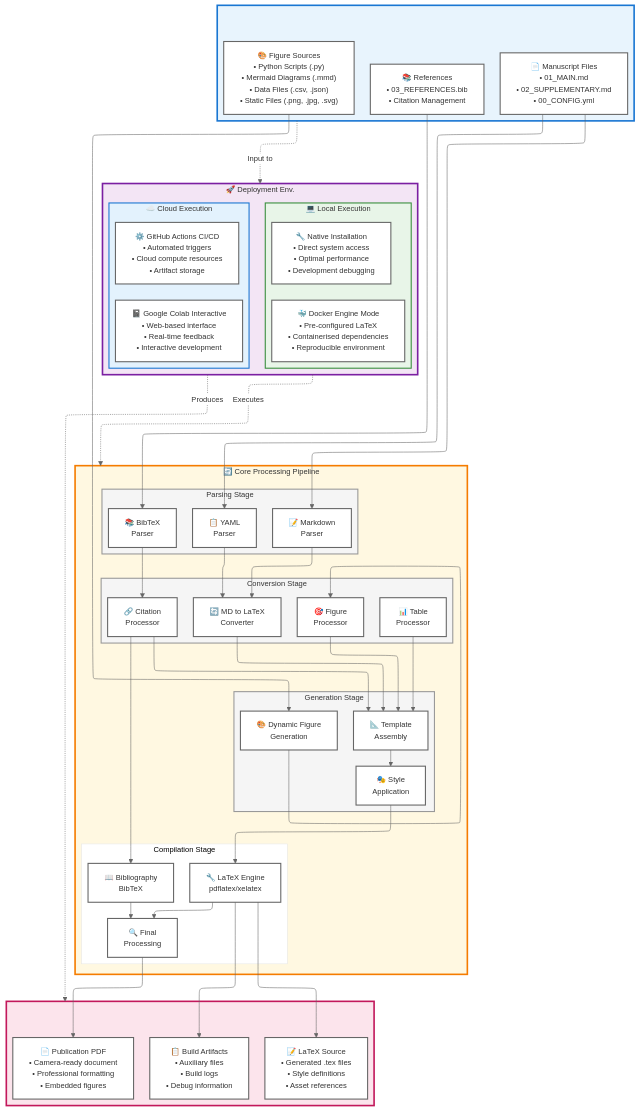
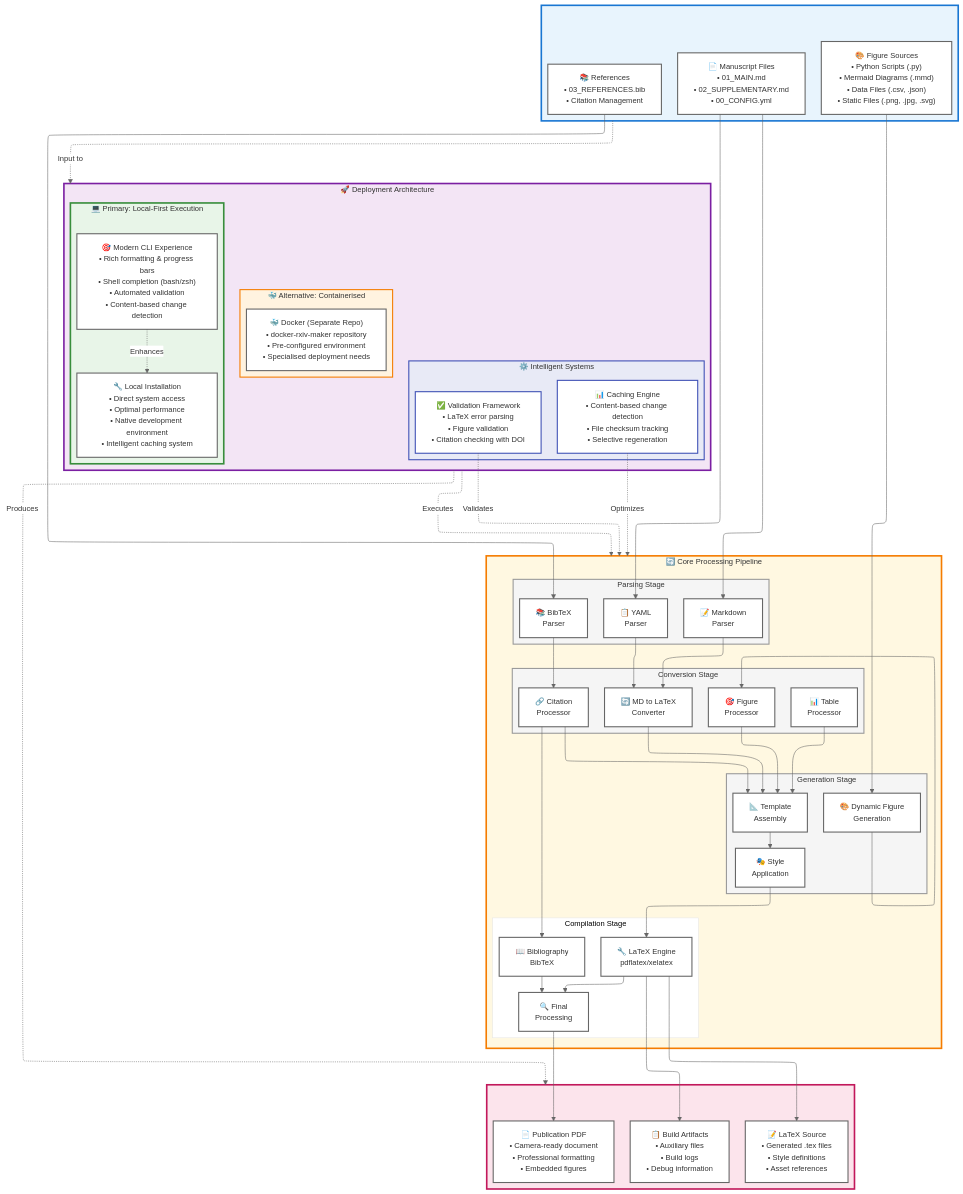
One commit to HenriquesLab/rxiv-maker changed the diagram in EXAMPLE_MANUSCRIPT/FIGURES/SFigure__architecture.mmd. Above: the diagram before and after it, drawn with Mermaid. The commit also changed 100 other files, not shown here.

```diff
--- a/EXAMPLE_MANUSCRIPT/FIGURES/SFigure__architecture.mmd
+++ b/EXAMPLE_MANUSCRIPT/FIGURES/SFigure__architecture.mmd
@@ -1,135 +1,148 @@
 ---
 config:
   theme: base
   themeVariables:
     fontFamily: 'Arial, Helvetica, sans-serif'
     fontSize: 14px
     primaryColor: '#ffffff'
     primaryTextColor: '#333333'
     primaryBorderColor: '#cccccc'
     lineColor: '#666666'
     background: '#ffffff'
   layout: elk
 ---
 flowchart TD
  subgraph A[" "]
     direction TB
       A1["📄 Manuscript Files<br>• 01_MAIN.md<br>• 02_SUPPLEMENTARY.md<br>• 00_CONFIG.yml"]
       A2["📚 References<br>• 03_REFERENCES.bib<br>• Citation Management"]
       A3["🎨 Figure Sources<br>• Python Scripts (.py)<br>• Mermaid Diagrams (.mmd)<br>• Data Files (.csv, .json)<br>• Static Files (.png, .jpg, .svg)"]
   end
 
  subgraph CORE["🔄 Core Processing Pipeline"]
     direction TB
     subgraph B1[Parsing Stage]
       direction LR
           B1A["📝 Markdown<br>Parser"]
           B1B["📋 YAML<br>Parser"]
           B1C["📚 BibTeX<br>Parser"]
     end
     subgraph B2[Conversion Stage]
       direction LR
           B2A["🔄 MD to LaTeX<br>Converter"]
           B2B["🎯 Figure<br>Processor"]
           B2C["📊 Table<br>Processor"]
           B2D["🔗 Citation<br>Processor"]
     end
     subgraph B3[Generation Stage]
       direction LR
           B3A["🎨 Dynamic Figure<br>Generation"]
           B3B["📐 Template<br>Assembly"]
           B3C["🎭 Style<br>Application"]
     end
     subgraph C[Compilation Stage]
       direction LR
           C1["🔧 LaTeX Engine<br>pdflatex/xelatex"]
           C2["📖 Bibliography<br>BibTeX"]
           C3["🔍 Final<br>Processing"]
     end
   end
 
  subgraph D[" "]
     direction TB
         D1["📄 Publication PDF<br>• Camera-ready document<br>• Professional formatting<br>• Embedded figures"]
         D2["📝 LaTeX Source<br>• Generated .tex files<br>• Style definitions<br>• Asset references"]
         D3["📋 Build Artifacts<br>• Auxiliary files<br>• Build logs<br>• Debug information"]
   end
 
- subgraph DEPLOY["🚀 Deployment Env."]
+ subgraph DEPLOY["🚀 Deployment Architecture"]
     direction TB
-    subgraph LOCAL["💻 Local Execution"]
+    subgraph PRIMARY["💻 Primary: Local-First Execution"]
       direction TB
-      L1["🔧 Native Installation<br>• Direct system access<br>• Optimal performance<br>• Development debugging"]
-      L2["🐳 Docker Engine Mode<br>• Pre-configured LaTeX<br>• Containerised dependencies<br>• Reproducible environment"]
+      L1["🔧 Local Installation<br>• Direct system access<br>• Optimal performance<br>• Native development environment<br>• Intelligent caching system"]
+      L1_FEATURES["🎯 Modern CLI Experience<br>• Rich formatting & progress bars<br>• Shell completion (bash/zsh)<br>• Automated validation<br>• Content-based change detection"]
     end
-    subgraph CLOUD["☁️ Cloud Execution"]
+    subgraph ALTERNATIVE["🐳 Alternative: Containerised"]
       direction TB
-      C1_CLOUD["⚙️ GitHub Actions CI/CD<br>• Automated triggers<br>• Cloud compute resources<br>• Artifact storage"]
-      C2_CLOUD["📓 Google Colab Interactive<br>• Web-based interface<br>• Real-time feedback<br>• Interactive development"]
+      L2["🐳 Docker (Separate Repo)<br>• docker-rxiv-maker repository<br>• Pre-configured environment<br>• Specialised deployment needs"]
+    end
+    subgraph SYSTEMS["⚙️ Intelligent Systems"]
+      direction TB
+      SYS1["📊 Caching Engine<br>• Content-based change detection<br>• File checksum tracking<br>• Selective regeneration"]
+      SYS2["✅ Validation Framework<br>• LaTeX error parsing<br>• Figure validation<br>• Citation checking with DOI"]
     end
   end
 
     A1 --> B1A & B1B
     A2 --> B1C
     A3 --> B3A
     B1A --> B2A
     B1B --> B2A
     B1C --> B2D
     B2A --> B3B
     B2B --> B3B
     B2C --> B3B
     B2D --> B3B & C2
     B3A --> B2B
     B3B --> B3C
     B3C --> C1
     C1 --> C3 & D2 & D3
     C2 --> C3
     C3 --> D1
 
     %% Show that deployment environments execute the core pipeline
     DEPLOY -.-> |"Executes"| CORE
     A -.-> |"Input to"| DEPLOY
     DEPLOY -.-> |"Produces"| D
 
+    %% Show intelligent systems integration
+    SYS1 -.-> |"Optimizes"| CORE
+    SYS2 -.-> |"Validates"| CORE
+    L1_FEATURES -.-> |"Enhances"| L1
+
     A1:::componentBox
     A2:::componentBox
     A3:::componentBox
     B1A:::componentBox
     B1B:::componentBox
     B1C:::componentBox
     B2A:::componentBox
     B2B:::componentBox
     B2C:::componentBox
     B2D:::componentBox
     B3A:::componentBox
     B3B:::componentBox
     B3C:::componentBox
     C1:::componentBox
     C2:::componentBox
     C3:::componentBox
     D1:::componentBox
     D2:::componentBox
     D3:::componentBox
     L1:::envBox
+    L1_FEATURES:::envBox
     L2:::envBox
-    C1_CLOUD:::envBox
-    C2_CLOUD:::envBox
+    SYS1:::systemBox
+    SYS2:::systemBox
     A:::inputBox
     CORE:::processBox
     D:::outputBox
     DEPLOY:::deployBox
-    LOCAL:::localBox
-    CLOUD:::cloudBox
+    PRIMARY:::primaryBox
+    ALTERNATIVE:::alternativeBox
+    SYSTEMS:::systemsBox
     B1:::stageBox
     B2:::stageBox
     B3:::stageBox
 
     classDef inputBox fill:#e8f4fd,stroke:#1976d2,stroke-width:3px,color:#333
     classDef processBox fill:#fff8e1,stroke:#f57c00,stroke-width:3px,color:#333
     classDef outputBox fill:#fce4ec,stroke:#c2185b,stroke-width:3px,color:#333
     classDef deployBox fill:#f3e5f5,stroke:#7b1fa2,stroke-width:3px,color:#333
-    classDef localBox fill:#e8f5e8,stroke:#388e3c,stroke-width:2px,color:#333
-    classDef cloudBox fill:#e3f2fd,stroke:#1976d2,stroke-width:2px,color:#333
+    classDef primaryBox fill:#e8f5e8,stroke:#388e3c,stroke-width:3px,color:#333
+    classDef alternativeBox fill:#fff3e0,stroke:#f57c00,stroke-width:2px,color:#333
+    classDef systemsBox fill:#e8eaf6,stroke:#3f51b5,stroke-width:2px,color:#333
+    classDef systemBox fill:#ffffff,stroke:#3f51b5,stroke-width:2px,color:#333
     classDef envBox fill:#ffffff,stroke:#666666,stroke-width:2px,color:#333
     classDef stageBox fill:#f5f5f5,stroke:#999999,stroke-width:2px,color:#333
     classDef componentBox fill:#ffffff,stroke:#666666,stroke-width:2px,color:#333
```
